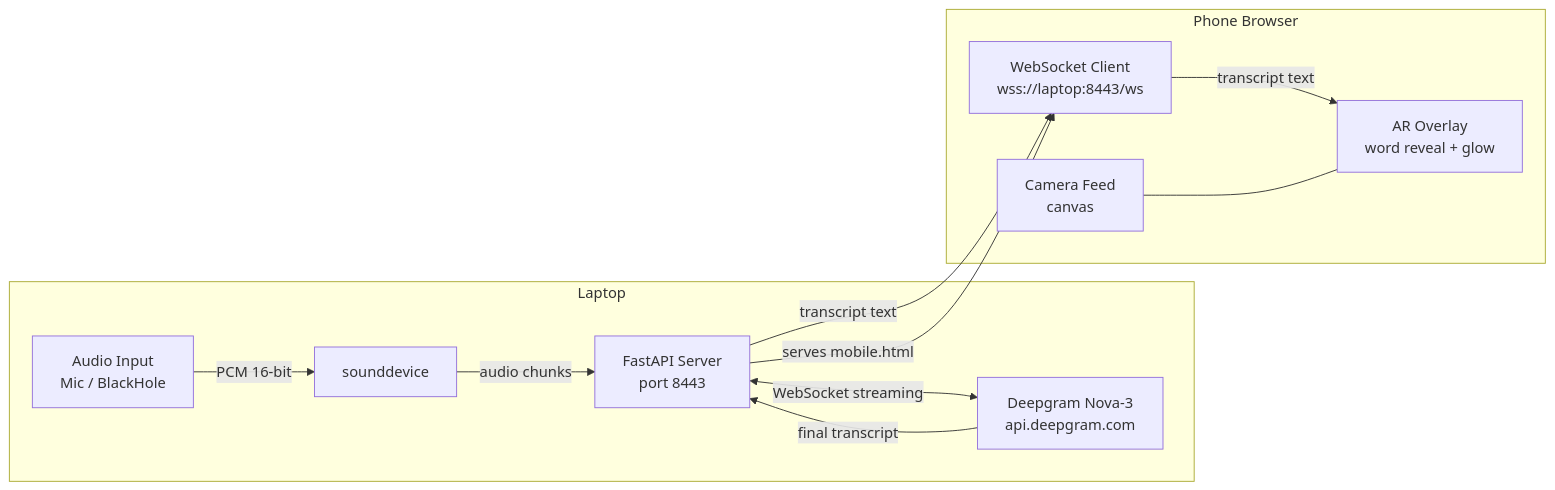
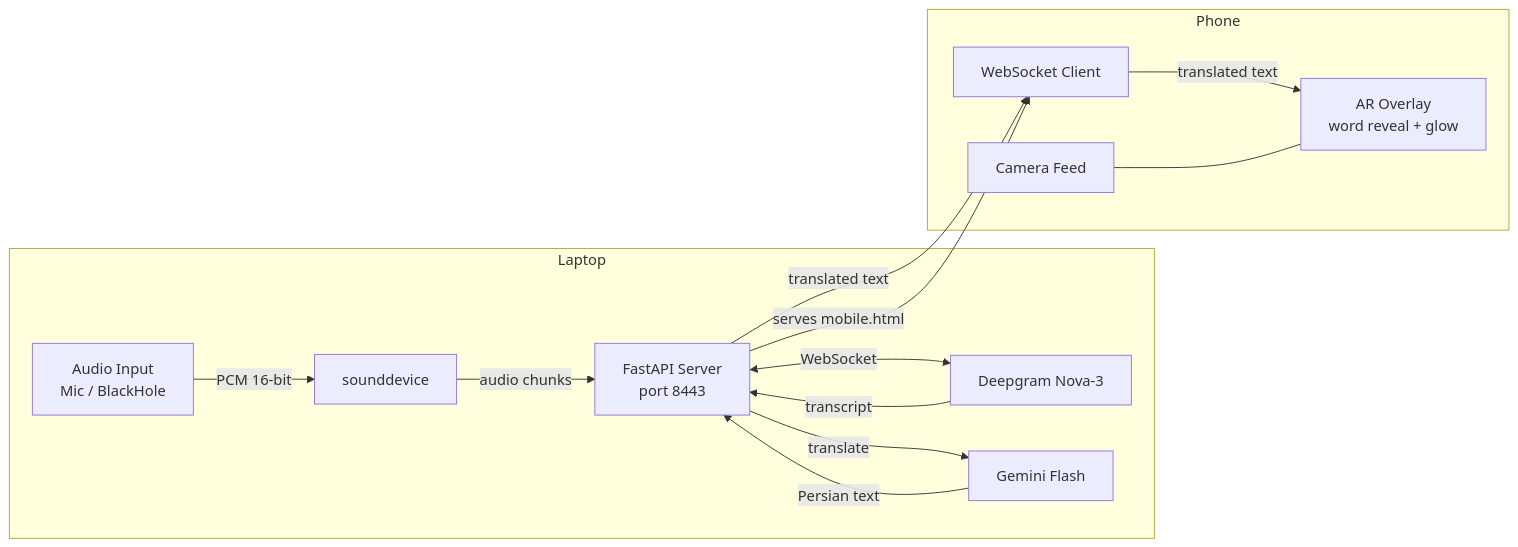
Before and after one commit to mallahyari/ar-games: the diagram in ar-transcribe/README.md, drawn with Mermaid. The commit also changed other lines of this file and 1 other file, not shown here.

First line of the commit message:
feat: add real-time Farsi translation to AR Transcribe via Gemini Flash

````diff
--- a/ar-transcribe/README.md
+++ b/ar-transcribe/README.md
@@ -9,20 +7,22 @@
 ```mermaid
 flowchart LR
     subgraph Laptop
         A[Audio Input\nMic / BlackHole] -->|PCM 16-bit| B[sounddevice]
         B -->|audio chunks| C[FastAPI Server\nport 8443]
-        C <-->|WebSocket streaming| D[Deepgram Nova-3\napi.deepgram.com]
-        D -->|final transcript| C
+        C <-->|WebSocket| D[Deepgram Nova-3]
+        D -->|transcript| C
+        C -->|translate| E[Gemini Flash]
+        E -->|Persian text| C
     end
 
-    subgraph Phone Browser
-        E[Camera Feed\ncanvas]
-        F[WebSocket Client\nwss://laptop:8443/ws]
+    subgraph Phone
+        F[WebSocket Client]
         G[AR Overlay\nword reveal + glow]
-        F -->|transcript text| G
-        E --- G
+        H[Camera Feed]
+        F -->|translated text| G
+        H --- G
     end
 
-    C -->|transcript text| F
+    C -->|translated text| F
     C -->|serves mobile.html| F
 ```
````
